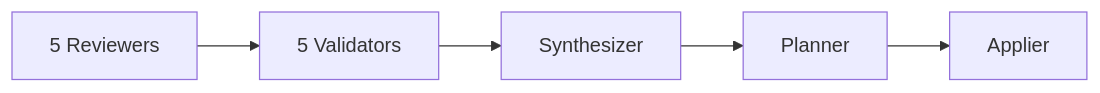
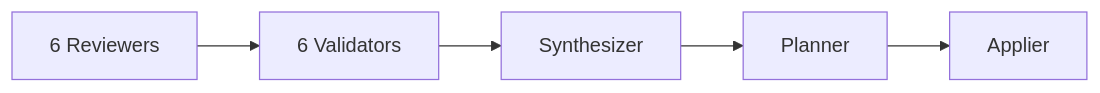
One commit to mechanai/deepreview changed the diagram in README.md. Above: the diagram before and after it, drawn with Mermaid. The commit also changed other lines of this file and 6 other files, not shown here.

````diff
--- a/README.md
+++ b/README.md
@@ -60,7 +60,7 @@
 ```mermaid
 graph LR
-    A[5 Reviewers] --> B[5 Validators]
+    A[6 Reviewers] --> B[6 Validators]
     B --> C[Synthesizer]
     C --> D[Planner]
     D --> E[Applier]
 ```
````
